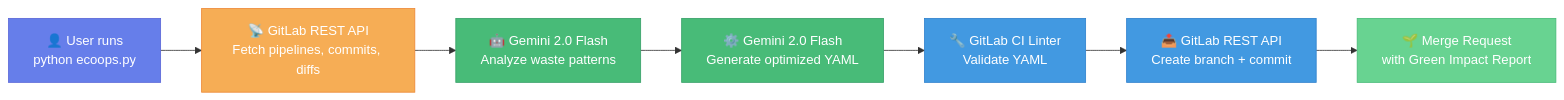
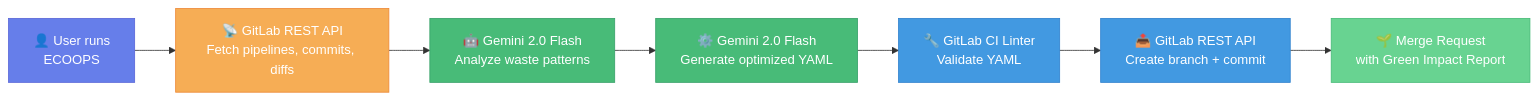
The diagram in README.md (nika619/ecoops), drawn with Mermaid before and after one commit. The commit also changed other lines of this file and 1 other file, not shown here.

````diff
--- a/README.md
+++ b/README.md
@@ -51,17 +49,17 @@
 ```mermaid
 graph LR
-    A["👤 User runs<br/>python ecoops.py"] --> B["📡 GitLab REST API<br/>Fetch pipelines, commits, diffs"]
+    A["👤 User runs<br/>ECOOPS"] --> B["📡 GitLab REST API<br/>Fetch pipelines, commits, diffs"]
     B --> C["🤖 Gemini 2.0 Flash<br/>Analyze waste patterns"]
     C --> D["⚙️ Gemini 2.0 Flash<br/>Generate optimized YAML"]
     D --> E["🔧 GitLab CI Linter<br/>Validate YAML"]
     E --> F["📤 GitLab REST API<br/>Create branch + commit"]
     F --> G["🌱 Merge Request<br/>with Green Impact Report"]
 
     style A fill:#667eea,stroke:#5a67d8,color:#fff
     style B fill:#f6ad55,stroke:#ed8936,color:#fff
     style C fill:#48bb78,stroke:#38a169,color:#fff
     style D fill:#48bb78,stroke:#38a169,color:#fff
     style E fill:#4299e1,stroke:#3182ce,color:#fff
     style F fill:#4299e1,stroke:#3182ce,color:#fff
     style G fill:#68d391,stroke:#48bb78,color:#fff
 ```
````
